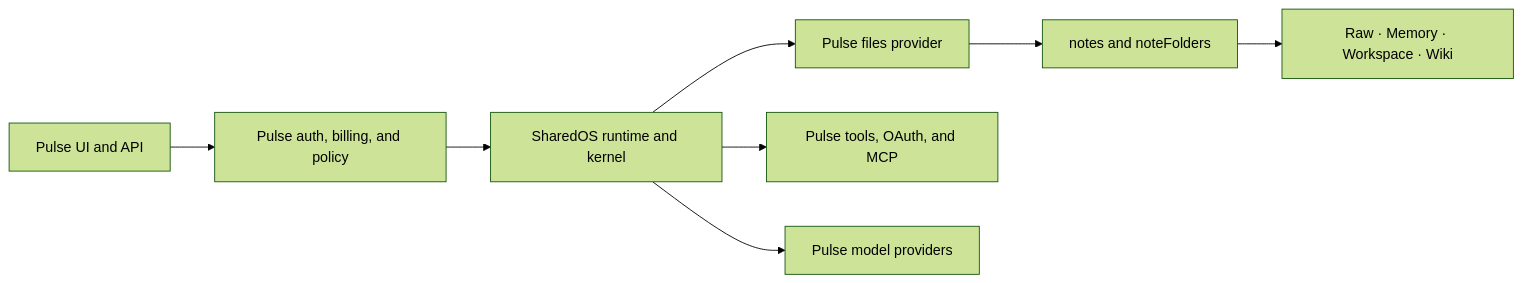
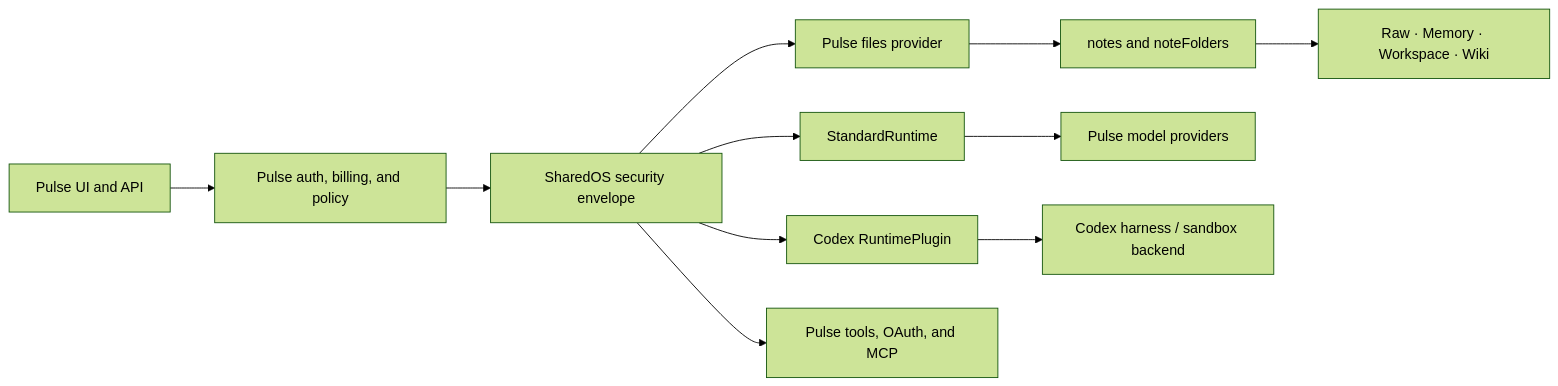
The diagram in docs/integrations/aicoo.md (Aicoo-Team/SharedOS), drawn with Mermaid (forest theme) before and after one commit. The commit also changed other lines of this file and 44 other files, not shown here.

Commit message:
feat(runtime): add pluggable runtime security envelope

````diff
--- a/docs/integrations/aicoo.md
+++ b/docs/integrations/aicoo.md
@@ -9,10 +9,13 @@
 ```mermaid
 flowchart LR
   UI["Pulse UI and API"] --> HOST["Pulse auth, billing, and policy"]
-  HOST --> RT["SharedOS runtime and kernel"]
-  RT --> FP["Pulse files provider"]
+  HOST --> SE["SharedOS security envelope"]
+  SE --> SR["StandardRuntime"]
+  SE --> CR["Codex RuntimePlugin"]
+  SE --> FP["Pulse files provider"]
   FP --> NOTES["notes and noteFolders"]
   NOTES --> ROOTS["Raw · Memory · Workspace · Wiki"]
-  RT --> TOOLS["Pulse tools, OAuth, and MCP"]
-  RT --> MODEL["Pulse model providers"]
+  SE --> TOOLS["Pulse tools, OAuth, and MCP"]
+  SR --> MODEL["Pulse model providers"]
+  CR --> CODEX["Codex harness / sandbox backend"]
 ```
````
